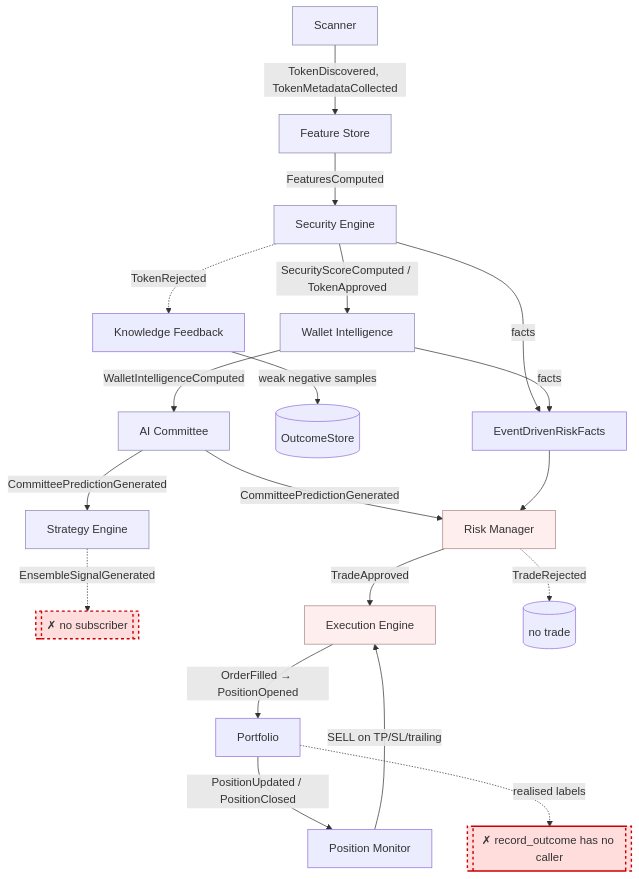
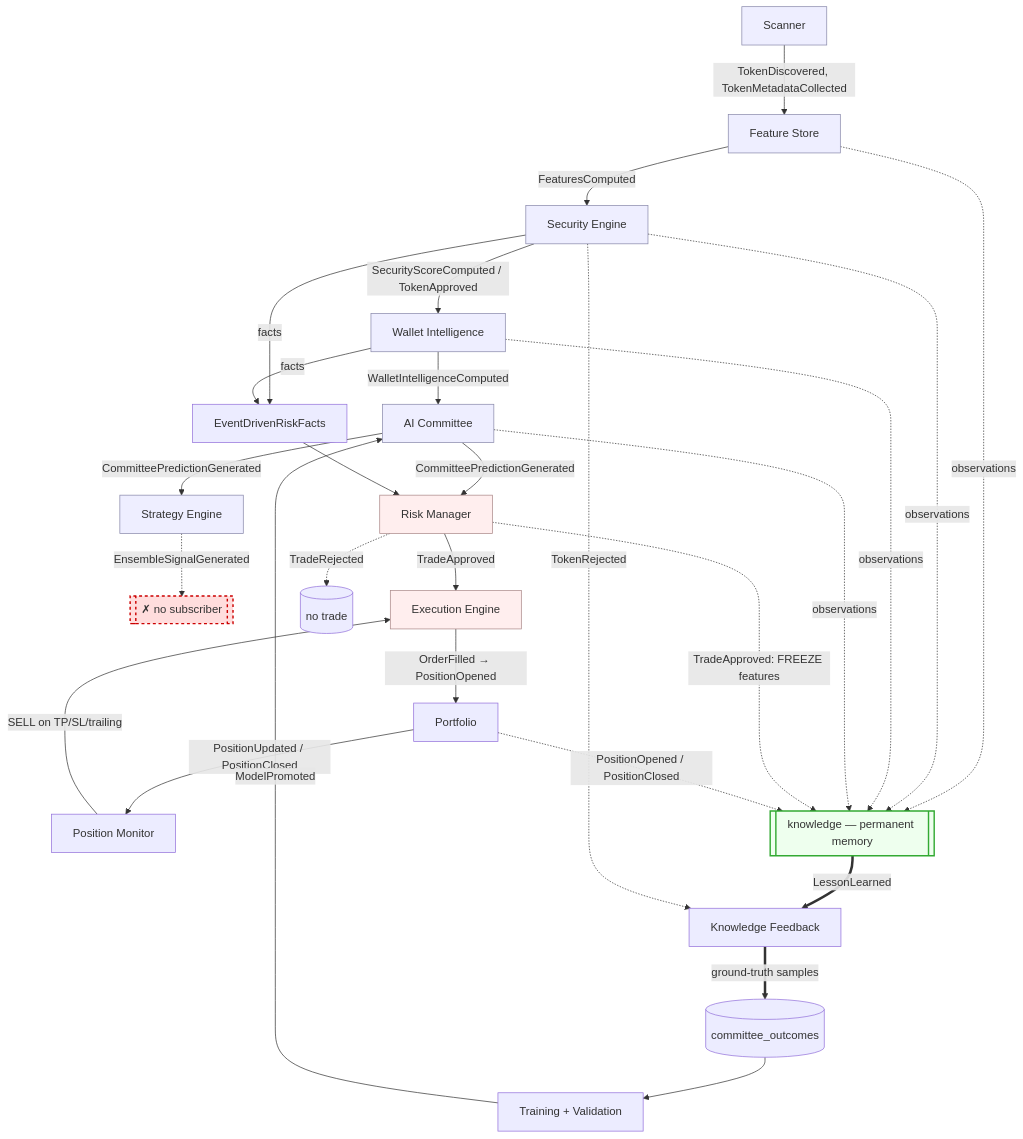
Before and after one commit to jlin80/Hades: the first of 3 diagrams in docs/architecture.md, drawn with Mermaid. The commit also changed other lines of this file and 54 other files, not shown here.

````diff
--- a/docs/architecture.md
+++ b/docs/architecture.md
@@ -21,27 +24,33 @@
 ```mermaid
 flowchart TD
     SC[Scanner] -->|TokenDiscovered, TokenMetadataCollected| FE[Feature Store]
     FE -->|FeaturesComputed| SE[Security Engine]
     SE -->|SecurityScoreComputed / TokenApproved| WI[Wallet Intelligence]
     WI -->|WalletIntelligenceComputed| AI[AI Committee]
     AI -->|CommitteePredictionGenerated| RK[Risk Manager]
     AI -->|CommitteePredictionGenerated| ST[Strategy Engine]
     ST -.->|EnsembleSignalGenerated| GAP1[["✗ no subscriber"]]:::broken
     RK -->|TradeApproved| EX[Execution Engine]
     RK -.->|TradeRejected| NO[(no trade)]
     EX -->|OrderFilled → PositionOpened| PF[Portfolio]
     PF -->|PositionUpdated / PositionClosed| PM[Position Monitor]
     PM -->|SELL on TP/SL/trailing| EX
 
-    SE -.->|TokenRejected| KF[Knowledge Feedback]
-    KF -->|weak negative samples| OS[(OutcomeStore)]
-    PF -.->|realised labels| GAP2[["✗ record_outcome has no caller"]]:::broken
+    SE & WI -->|facts| FC[EventDrivenRiskFacts] --> RK
 
-    SE & WI -->|facts| FC[EventDrivenRiskFacts] --> RK
+    KN[["knowledge — permanent memory"]]:::memory
+    FE & SE & WI & AI -.->|observations| KN
+    RK -.->|TradeApproved: FREEZE features| KN
+    PF -.->|PositionOpened / PositionClosed| KN
+    KN ==>|LessonLearned| KF[Knowledge Feedback]
+    KF ==>|ground-truth samples| OS[(committee_outcomes)]
+    SE -.->|TokenRejected| KF
+    OS --> TR[Training + Validation] -->|ModelPromoted| AI
 
     classDef quantify fill:#eef,stroke:#88a;
     classDef decide fill:#fee,stroke:#a88;
+    classDef memory fill:#efe,stroke:#3a3,stroke-width:2px;
     classDef broken fill:#fdd,stroke:#c00,stroke-width:2px,stroke-dasharray: 4 4;
     class SC,FE,SE,WI,AI,ST quantify;
     class RK,EX decide;
 ```
````
